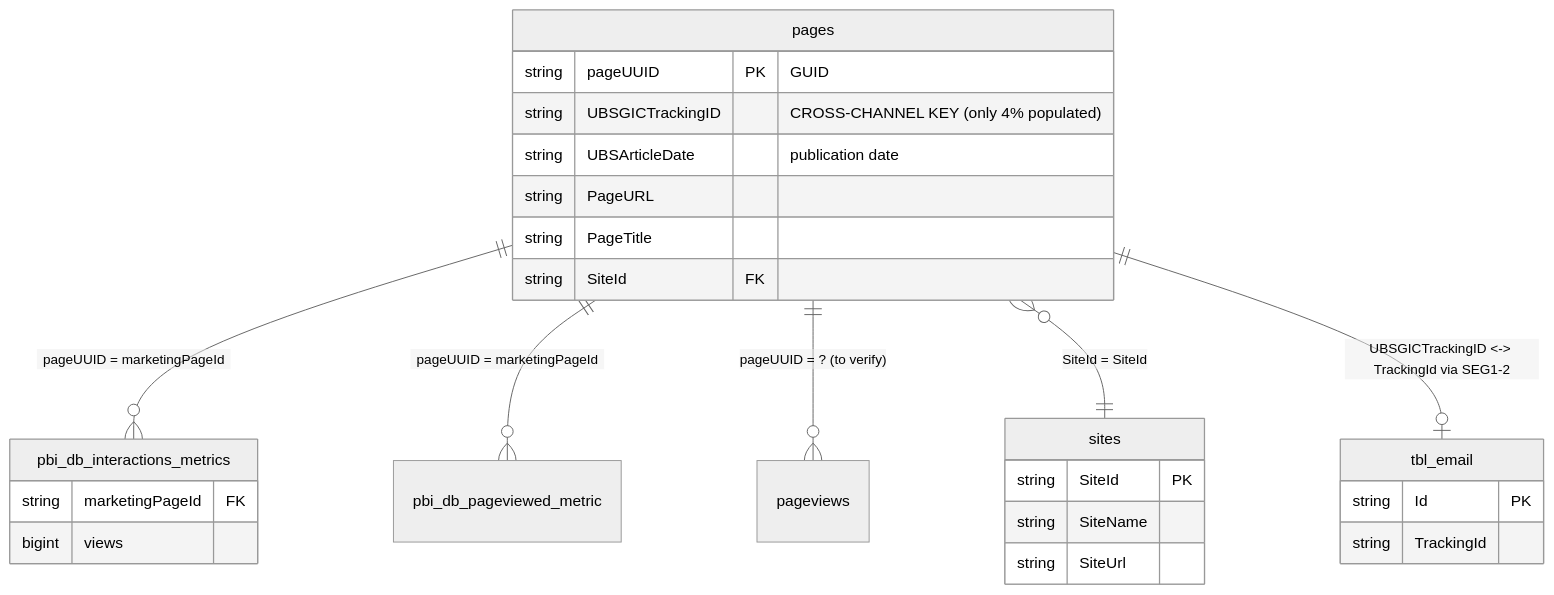
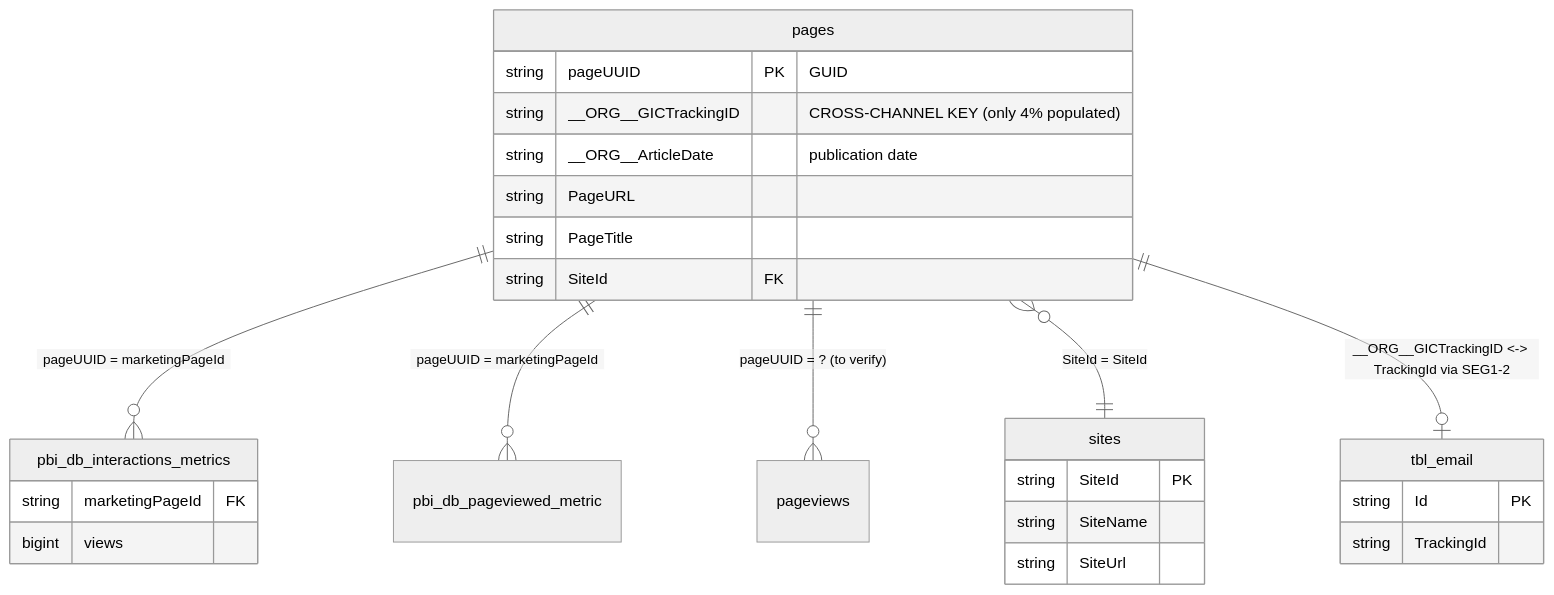
Before and after one commit to dallmi/Databricks: the diagram in docs/tables/sharepoint/pages.md, drawn with Mermaid (neutral theme). The commit also changed other lines of this file and 85 other files, not shown here.

````diff
--- a/docs/tables/sharepoint/pages.md
+++ b/docs/tables/sharepoint/pages.md
@@ -20,30 +20,30 @@
 ```mermaid
 erDiagram
     pages ||--o{ pbi_db_interactions_metrics : "pageUUID = marketingPageId"
     pages ||--o{ pbi_db_pageviewed_metric    : "pageUUID = marketingPageId"
     pages ||--o{ pageviews                   : "pageUUID = ? (to verify)"
     pages }o--|| sites                       : "SiteId = SiteId"
-    pages ||--o| tbl_email                   : "UBSGICTrackingID <-> TrackingId via SEG1-2"
+    pages ||--o| tbl_email                   : "__ORG__GICTrackingID <-> TrackingId via SEG1-2"
 
     pages {
         string pageUUID PK "GUID"
-        string UBSGICTrackingID "CROSS-CHANNEL KEY (only 4% populated)"
-        string UBSArticleDate "publication date"
+        string __ORG__GICTrackingID "CROSS-CHANNEL KEY (only 4% populated)"
+        string __ORG__ArticleDate "publication date"
         string PageURL
         string PageTitle
         string SiteId FK
     }
     pbi_db_interactions_metrics {
         string marketingPageId FK
         bigint views
     }
     sites {
         string SiteId PK
         string SiteName
         string SiteUrl
     }
     tbl_email {
         string Id PK
         string TrackingId
     }
 ```
````
